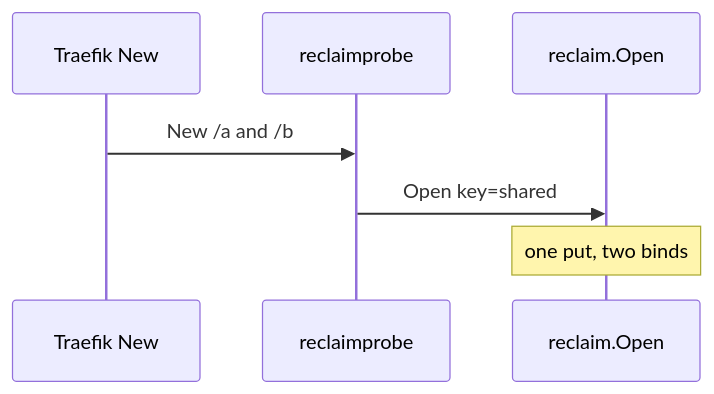
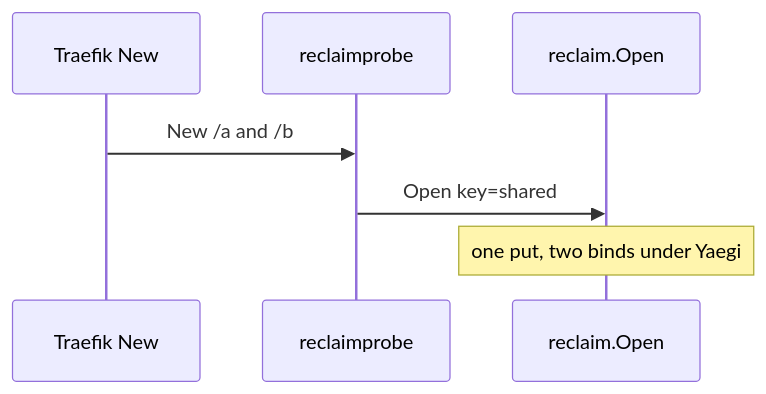
The diagram in devstate/2026/09/2026-09-11-reclaim-table/card.md (david-garcia-garcia/traefik-middleware-utilities), drawn with Mermaid before and after one commit. The commit also changed other lines of this file and 12 other files, not shown here.

````diff
--- a/devstate/2026/09/2026-09-11-reclaim-table/card.md
+++ b/devstate/2026/09/2026-09-11-reclaim-table/card.md
@@ -19,9 +21,9 @@
 ```mermaid
 sequenceDiagram
   participant T as Traefik New
   participant P as reclaimprobe
   participant R as reclaim.Open
   T->>P: New /a and /b
   P->>R: Open key=shared
-  Note over R: one put, two binds
+  Note over R: one put, two binds under Yaegi
 ```
````
